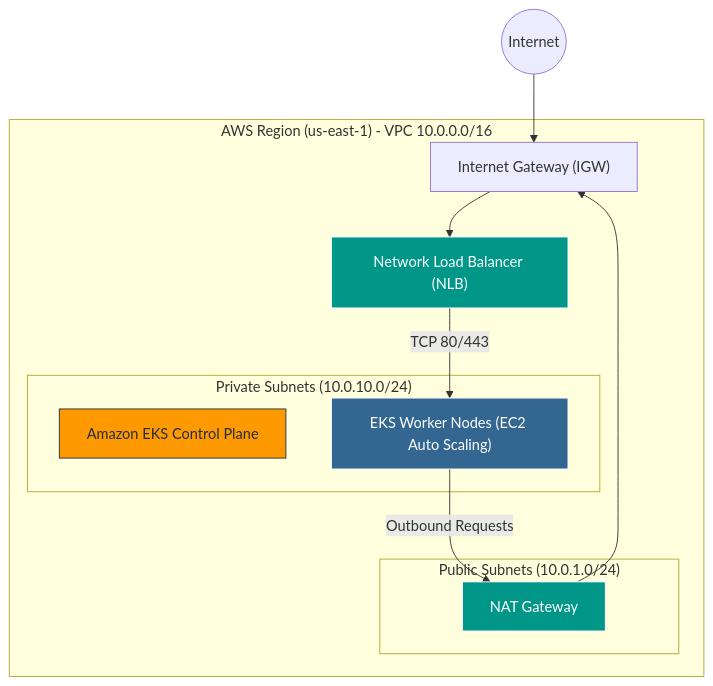
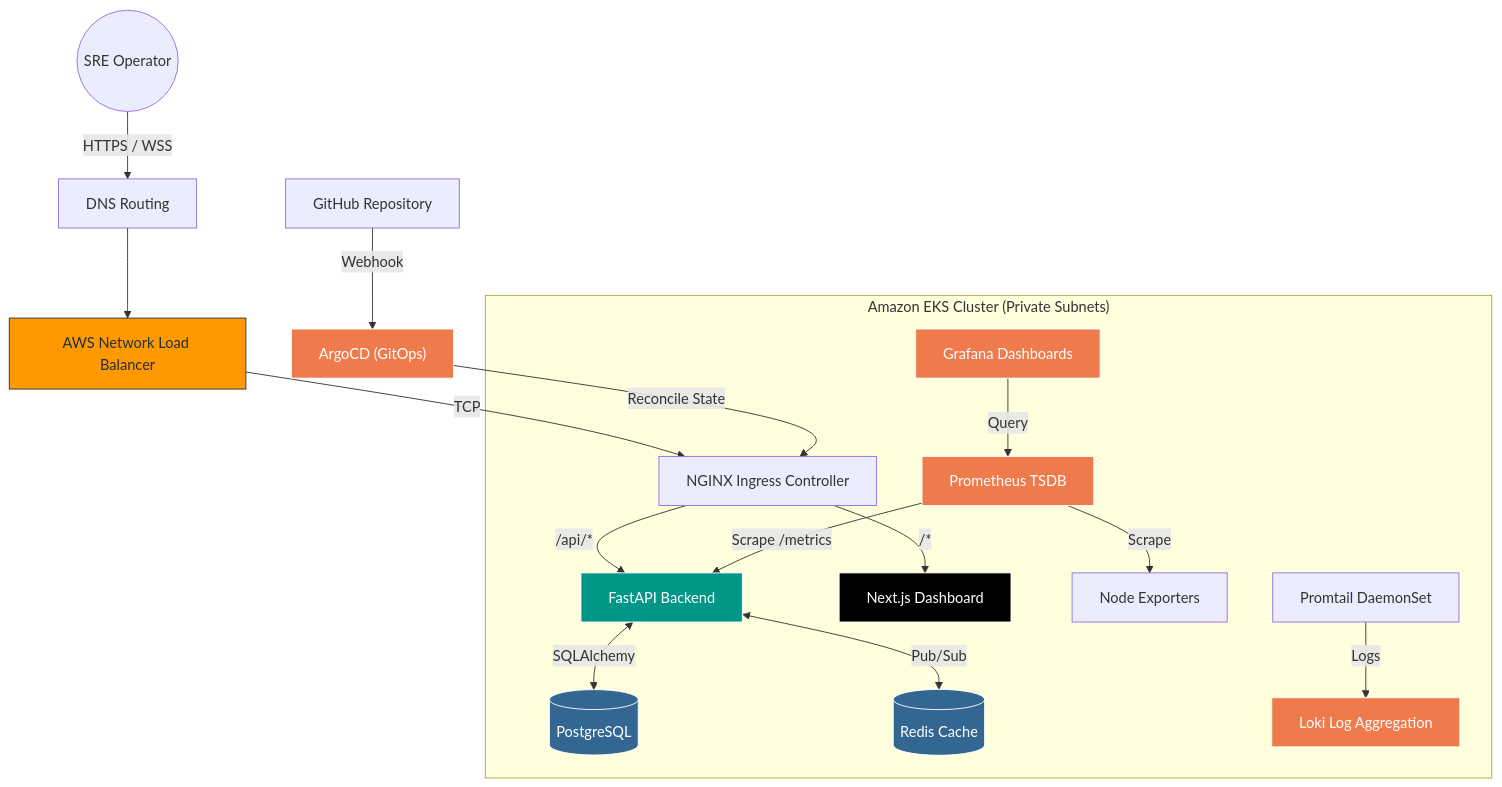
One commit to charan21042005/cloud-sentinel-platform changed the first of 4 diagrams in docs/presentation/Cloud_Sentinel_Architecture_Presentation.md. Above: the diagram before and after it, drawn with Mermaid. The commit also changed other lines of this file, not shown here.

````diff
--- a/docs/presentation/Cloud_Sentinel_Architecture_Presentation.md
+++ b/docs/presentation/Cloud_Sentinel_Architecture_Presentation.md
@@ -47,25 +22,28 @@
 ```mermaid
 graph TD
     classDef aws fill:#ff9900,color:#232f3e,stroke:#232f3e;
-    classDef private fill:#336791,color:#fff,stroke:#fff;
-    classDef public fill:#009688,color:#fff,stroke:#fff;
+    classDef web fill:#000000,color:#fff,stroke:#fff;
+    classDef api fill:#009688,color:#fff,stroke:#fff;
+    classDef ops fill:#EF7B4D,color:#fff,stroke:#fff;
+    classDef db fill:#336791,color:#fff,stroke:#fff;
 
-    Internet((Internet)) --> IGW["Internet Gateway (IGW)"]
+    User((SRE Operator)) -->|"HTTPS / WSS"| Route53["DNS Routing"]
+    Route53 --> NLB["AWS Network Load Balancer"]:::aws
+    NLB -->|"TCP"| Ingress["NGINX Ingress Controller"]
     
-    subgraph "AWS Region (us-east-1) - VPC 10.0.0.0/16"
-        IGW --> NLB["Network Load Balancer (NLB)"]:::public
+    subgraph "Amazon EKS Cluster (Private Subnets)"
+        Ingress -->|"/api/*"| APIGateway["FastAPI Backend"]:::api
+        Ingress -->|"/*"| NextJS["Next.js Dashboard"]:::web
         
-        subgraph "Public Subnets (10.0.1.0/24)"
-            NAT["NAT Gateway"]:::public
-        end
+        APIGateway <-->|"SQLAlchemy"| PostgreSQL[(PostgreSQL)]:::db
+        APIGateway <-->|"Pub/Sub"| Redis[(Redis Cache)]:::db
         
-        subgraph "Private Subnets (10.0.10.0/24)"
-            EKS["Amazon EKS Control Plane"]:::aws
-            Nodes["EKS Worker Nodes (EC2 Auto Scaling)"]:::private
-        end
+        Prometheus["Prometheus TSDB"]:::ops -->|"Scrape /metrics"| APIGateway
+        Prometheus -->|"Scrape"| NodeExporter["Node Exporters"]
+        Grafana["Grafana Dashboards"]:::ops -->|"Query"| Prometheus
+        Promtail["Promtail DaemonSet"] -->|"Logs"| Loki["Loki Log Aggregation"]:::ops
     end
     
-    NLB -->|"TCP 80/443"| Nodes
-    Nodes -->|"Outbound Requests"| NAT
-    NAT --> IGW
+    GitHub["GitHub Repository"] -->|"Webhook"| ArgoCD["ArgoCD (GitOps)"]:::ops
+    ArgoCD -->|"Reconcile State"| Ingress
 ```
````
